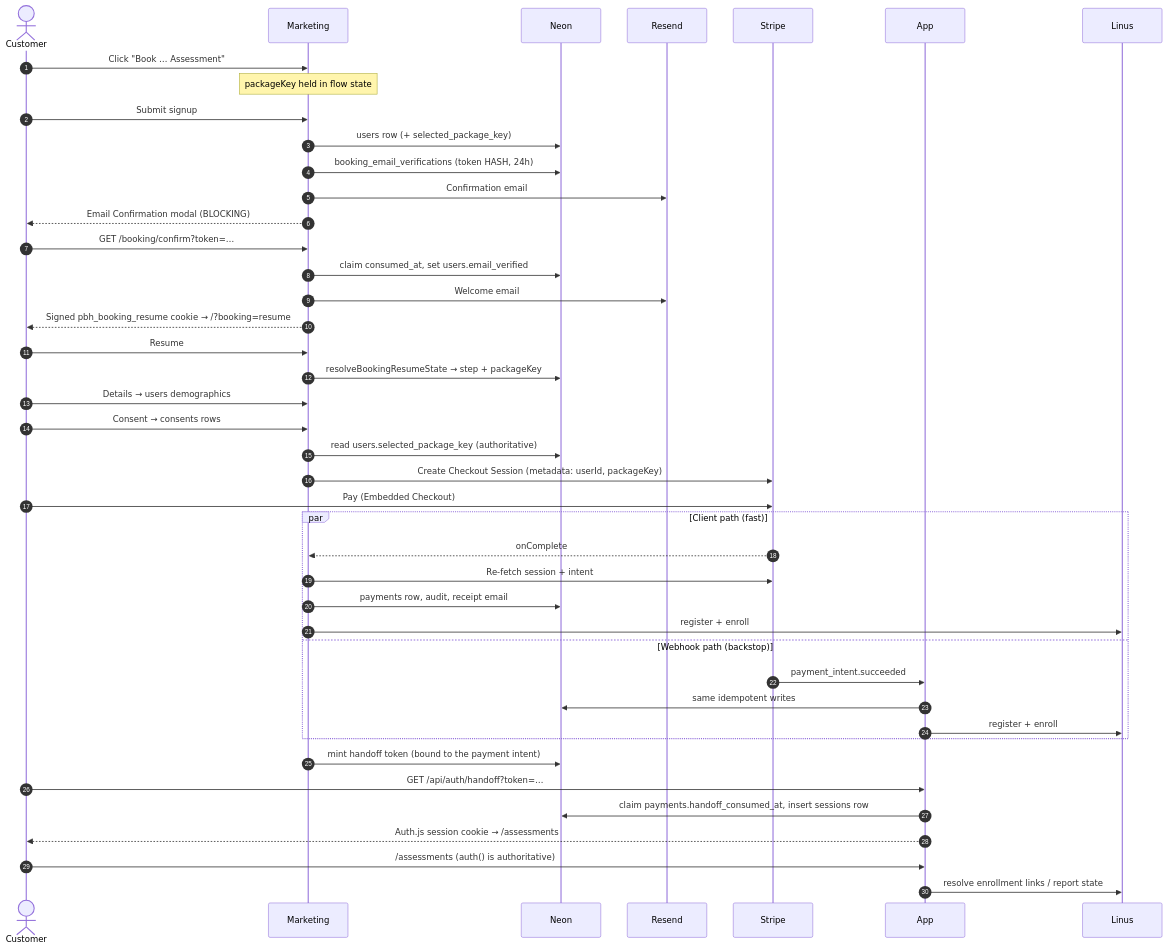
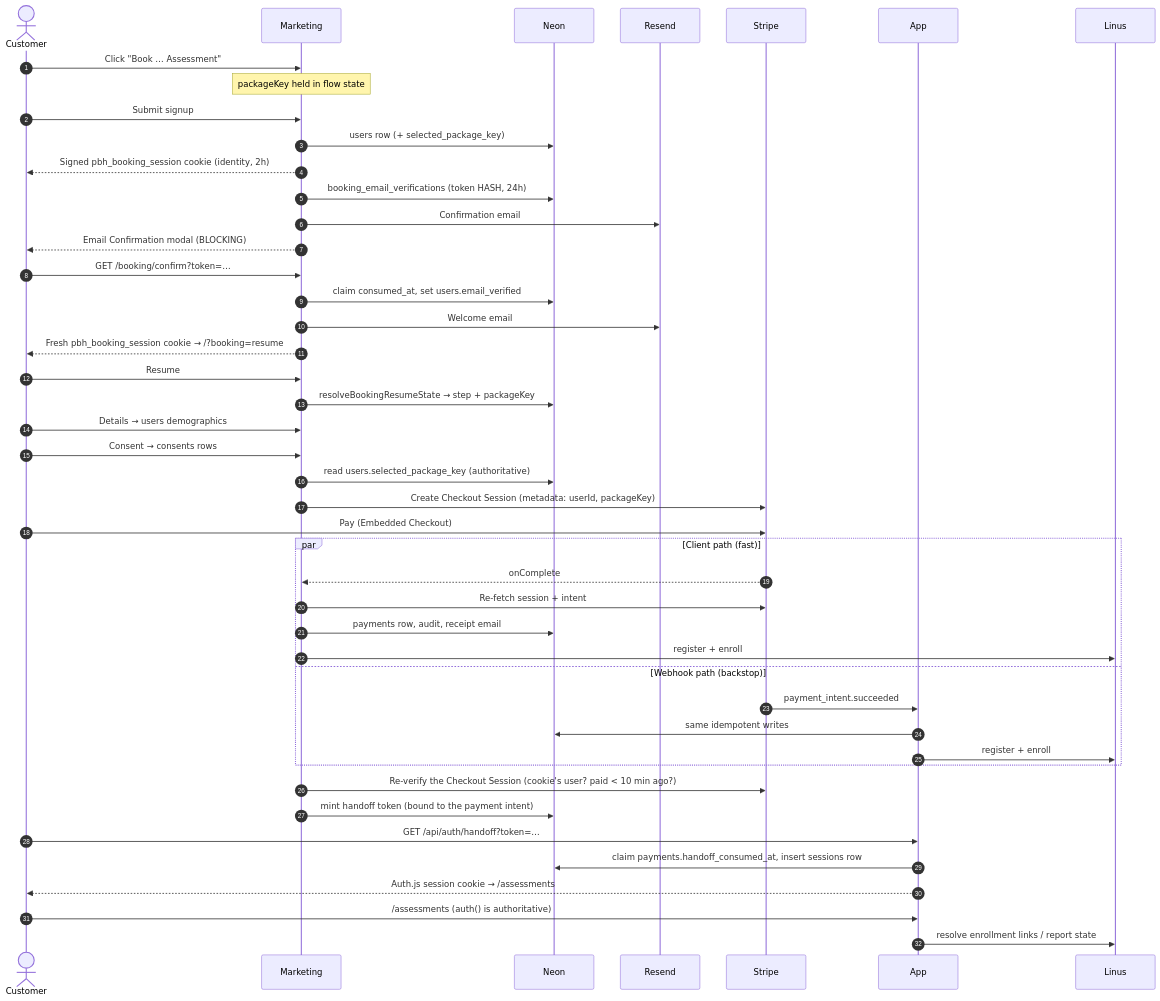
The first of 2 diagrams in docs/booking-flow.md (dbates-commits/primary-brain-health), drawn with Mermaid before and after one commit. The commit also changed other lines of this file and 22 other files, not shown here.

````diff
--- a/docs/booking-flow.md
+++ b/docs/booking-flow.md
@@ -30,51 +35,53 @@
 ```mermaid
 sequenceDiagram
     autonumber
     actor C as Customer
     participant M as Marketing
     participant DB as Neon
     participant R as Resend
     participant S as Stripe
     participant F as App
     participant L as Linus
 
     C->>M: Click "Book … Assessment"
     Note over M: packageKey held in flow state
     C->>M: Submit signup
     M->>DB: users row (+ selected_package_key)
+    M-->>C: Signed pbh_booking_session cookie (identity, 2h)
     M->>DB: booking_email_verifications (token HASH, 24h)
     M->>R: Confirmation email
     M-->>C: Email Confirmation modal (BLOCKING)
 
     C->>M: GET /booking/confirm?token=…
     M->>DB: claim consumed_at, set users.email_verified
     M->>R: Welcome email
-    M-->>C: Signed pbh_booking_resume cookie → /?booking=resume
+    M-->>C: Fresh pbh_booking_session cookie → /?booking=resume
 
     C->>M: Resume
     M->>DB: resolveBookingResumeState → step + packageKey
     C->>M: Details → users demographics
     C->>M: Consent → consents rows
 
     M->>DB: read users.selected_package_key (authoritative)
     M->>S: Create Checkout Session (metadata: userId, packageKey)
     C->>S: Pay (Embedded Checkout)
 
     par Client path (fast)
         S-->>M: onComplete
         M->>S: Re-fetch session + intent
         M->>DB: payments row, audit, receipt email
         M->>L: register + enroll
     and Webhook path (backstop)
         S->>F: payment_intent.succeeded
         F->>DB: same idempotent writes
         F->>L: register + enroll
     end
 
+    M->>S: Re-verify the Checkout Session (cookie's user? paid < 10 min ago?)
     M->>DB: mint handoff token (bound to the payment intent)
     C->>F: GET /api/auth/handoff?token=…
     F->>DB: claim payments.handoff_consumed_at, insert sessions row
     F-->>C: Auth.js session cookie → /assessments
     C->>F: /assessments (auth() is authoritative)
     F->>L: resolve enrollment links / report state
 ```
````
